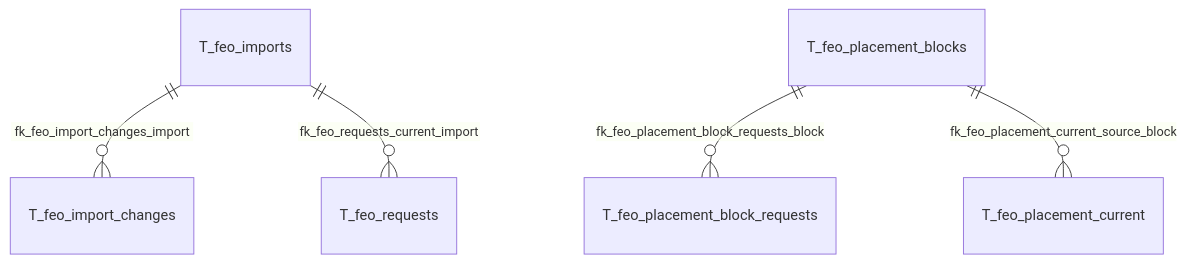
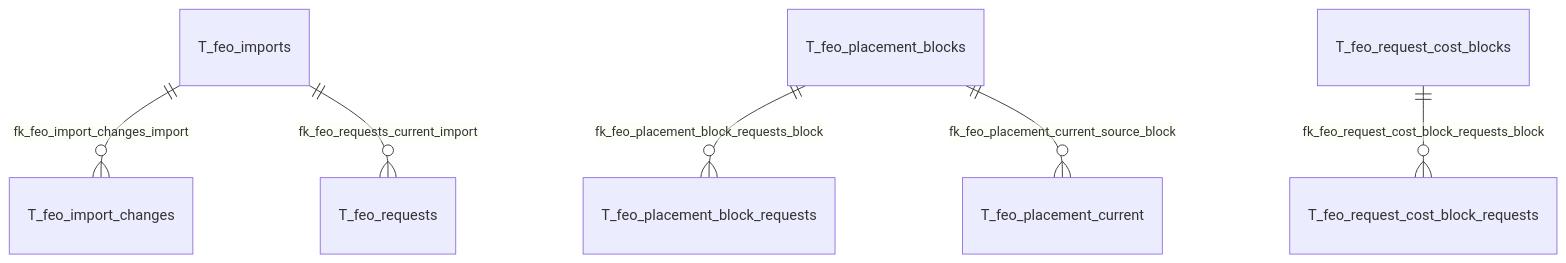
One commit to caymanlogistic-crypto/erp-planex-ci changed the seventh of 9 diagrams in docs/database/TENANT_ERD.md. Above: the diagram before and after it, drawn with Mermaid. The commit also changed other lines of this file and 14 other files, not shown here.

Commit message:
Regenerate tenant schema docs for FEO request costs

````diff
--- a/docs/database/TENANT_ERD.md
+++ b/docs/database/TENANT_ERD.md
@@ -121,7 +121,8 @@
 ```mermaid
 erDiagram
   T_feo_imports ||--o{ T_feo_import_changes : "fk_feo_import_changes_import"
   T_feo_placement_blocks ||--o{ T_feo_placement_block_requests : "fk_feo_placement_block_requests_block"
   T_feo_placement_blocks ||--o{ T_feo_placement_current : "fk_feo_placement_current_source_block"
+  T_feo_request_cost_blocks ||--o{ T_feo_request_cost_block_requests : "fk_feo_request_cost_block_requests_block"
   T_feo_imports ||--o{ T_feo_requests : "fk_feo_requests_current_import"
 ```
````
